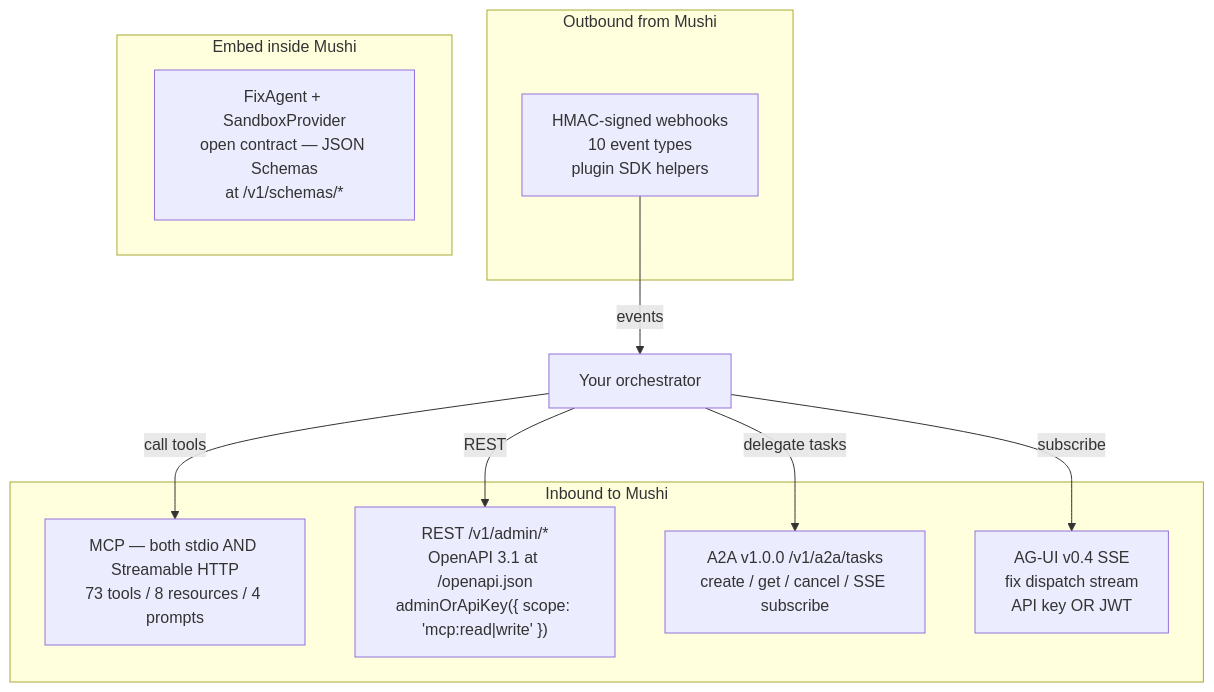
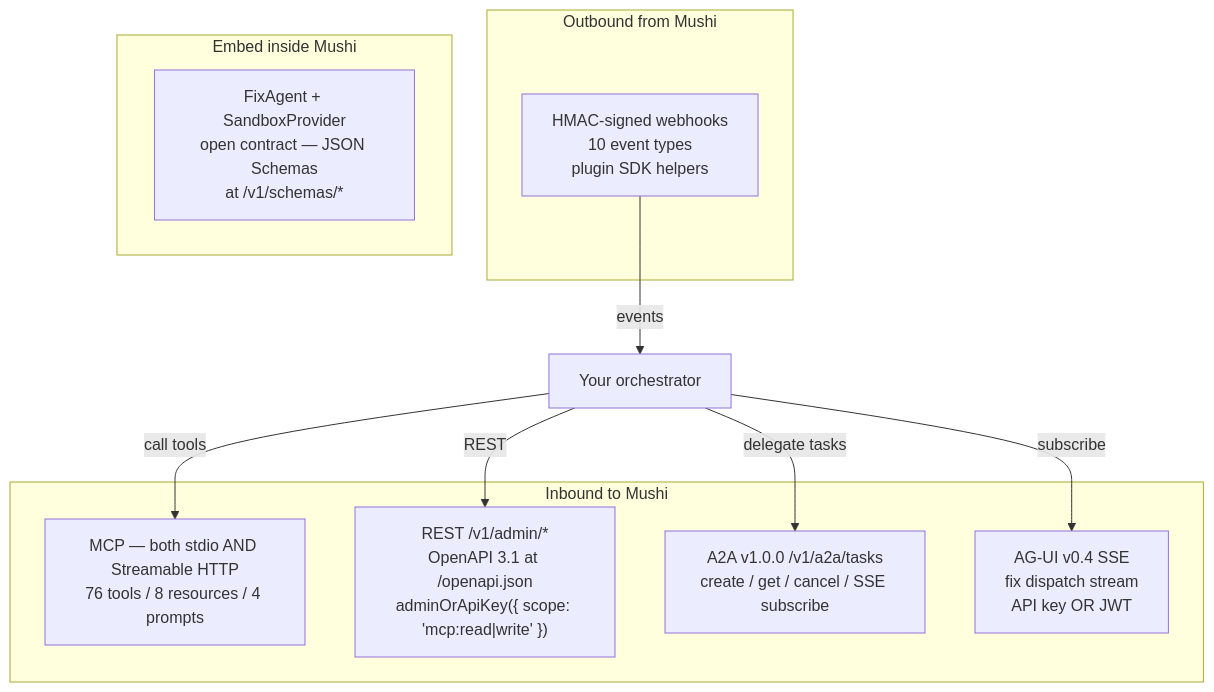
The diagram in apps/docs/content/concepts/orchestrator-interop.mdx (kensaurus/mushi-mushi), drawn with Mermaid before and after one commit. The commit also changed other lines of this file and 1107 other files, not shown here.

````diff
--- a/apps/docs/content/concepts/orchestrator-interop.mdx
+++ b/apps/docs/content/concepts/orchestrator-interop.mdx
@@ -31,20 +32,20 @@
 ```mermaid
 flowchart TB
   subgraph Inbound["Inbound to Mushi"]
-    MCP["MCP — both stdio AND Streamable HTTP<br/>73 tools / 8 resources / 4 prompts"]
+    MCP["MCP — both stdio AND Streamable HTTP<br/>76 tools / 8 resources / 4 prompts"]
     REST["REST /v1/admin/*<br/>OpenAPI 3.1 at /openapi.json<br/>adminOrApiKey({ scope: 'mcp:read|write' })"]
     A2A["A2A v1.0.0 /v1/a2a/tasks<br/>create / get / cancel / SSE subscribe"]
     AGUI["AG-UI v0.4 SSE<br/>fix dispatch stream<br/>API key OR JWT"]
   end
   subgraph Outbound["Outbound from Mushi"]
     Hooks["HMAC-signed webhooks<br/>10 event types<br/>plugin SDK helpers"]
   end
   subgraph Native["Embed inside Mushi"]
     FA["FixAgent + SandboxProvider<br/>open contract — JSON Schemas<br/>at /v1/schemas/*"]
   end
   Orch["Your orchestrator"] -->|"call tools"| MCP
   Orch -->|"REST"| REST
   Orch -->|"delegate tasks"| A2A
   Orch -->|"subscribe"| AGUI
   Hooks -->|"events"| Orch
 ```
````
